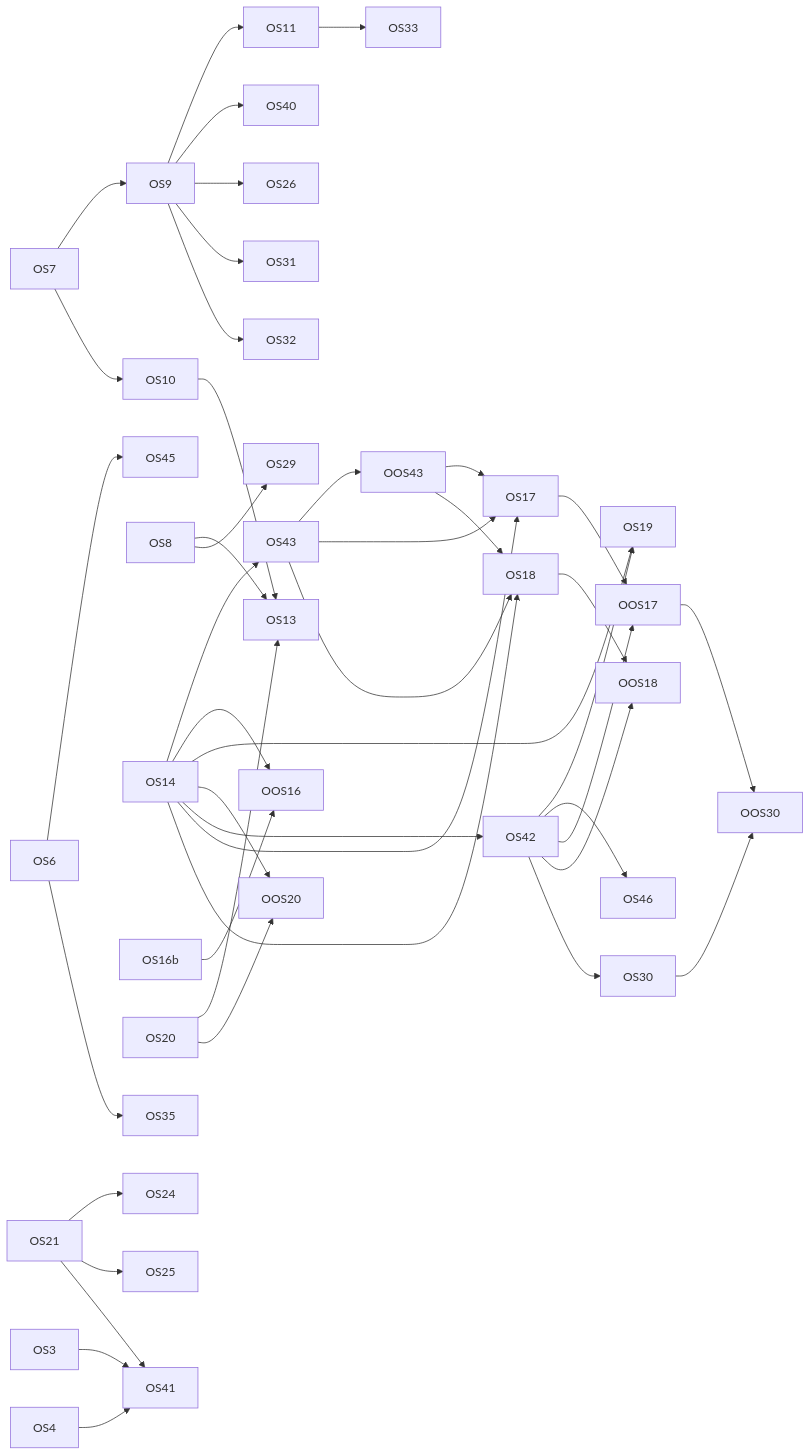
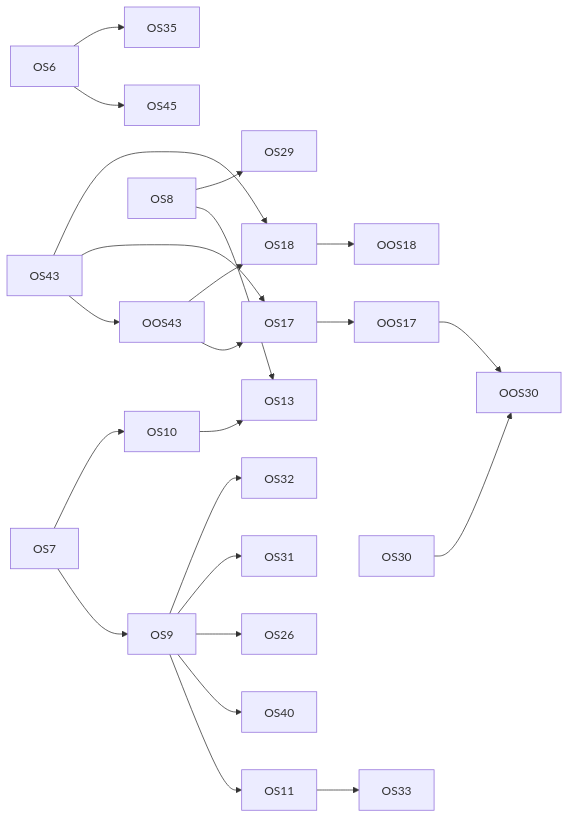
Before and after one commit to diy-accounting-uk/submit.diyaccounting.co.uk: the diagram in PLAN_ORGANIC_SEARCH.md, drawn with Mermaid. The commit also changed other lines of this file and 1 other file, not shown here.

Commit message:
Board: PR #813 is on prod; ten rows close and eight unblock
Prod runs prod-dd08982. OS41a, OS16b, OS14, OS20, OS1, OS21, OS3, OS42, OS4 and
OS25 are closed: their changes are on prod, the YouTube descriptions are
synced, the Search Console report ran on main, and the three new views pass
their type proof on ci. OS7 keeps its visual review. OS8, OS12 and OS5 keep
their spreadsheets and diya-gl part.

Blockers removed: OS9 and OS10 (OS7), OS43 (OS14), OS30 and OS46 (OS42), OS24
(OS21), OS41 (OS3, OS4, OS21), OS19 (OS14, OS42); OS17 and OS18 keep OS43;
OS13 keeps OS8 and OS10.

Claude-Model: claude-fable-5-2
Claude-Session: https://claude.ai/code/session_01GFg5yRoELaQkhVhbRr5rZ9

````diff
--- a/PLAN_ORGANIC_SEARCH.md
+++ b/PLAN_ORGANIC_SEARCH.md
@@ -916,45 +906,25 @@
 ```mermaid
 flowchart LR
   OS6 --> OS45
   OS7 --> OS9
   OS7 --> OS10
   OS9 --> OS11
   OS9 --> OS40
   OS8 --> OS13
-  OS14 --> OS43
   OS43 --> OOS43
   OOS43 --> OS17
   OOS43 --> OS18
-  OS16b --> OOS16
-  OS14 --> OOS16
-  OS14 --> OS19
-  OS42 --> OS19
   OS10 --> OS13
-  OS20 --> OS13
-  OS14 --> OOS20
-  OS20 --> OOS20
-  OS14 --> OS42
-  OS42 --> OS46
-  OS14 --> OS17
   OS43 --> OS17
   OS17 --> OOS17
-  OS42 --> OOS17
-  OS14 --> OS18
   OS43 --> OS18
   OS18 --> OOS18
-  OS42 --> OOS18
-  OS21 --> OS24
-  OS21 --> OS25
   OS9 --> OS26
   OS8 --> OS29
-  OS42 --> OS30
   OS30 --> OOS30
   OOS17 --> OOS30
   OS9 --> OS31
   OS9 --> OS32
   OS11 --> OS33
   OS6 --> OS35
-  OS3 --> OS41
-  OS4 --> OS41
-  OS21 --> OS41
 ```
````
